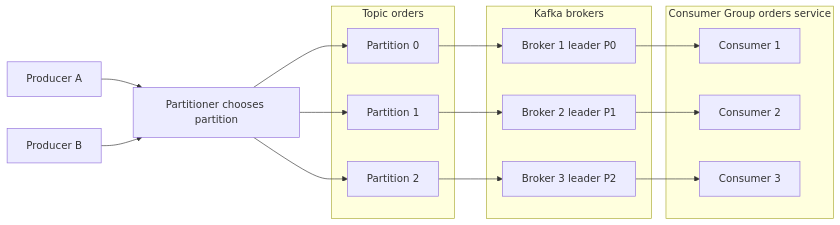
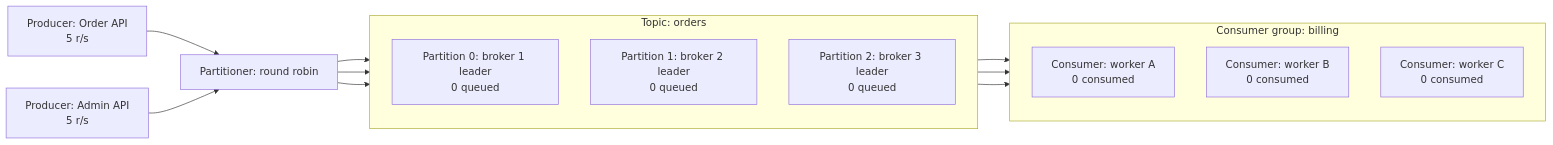
The diagram in Web/content/Software Architecture/Distributed Systems/Message Queues/Kafka.md (grafanaKibana/devbook.zip), drawn with Mermaid before and after one commit. The commit also changed other lines of this file and 2 other files, not shown here.

Commit message:
Published 3 files

````diff
--- a/Web/content/Software Architecture/Distributed Systems/Message Queues/Kafka.md
+++ b/Web/content/Software Architecture/Distributed Systems/Message Queues/Kafka.md
@@ -23,35 +25,52 @@
 ```mermaid
+%%{init: {"flowchart":{"curve":"basis"}}}%%
 flowchart LR
-    P1[Producer A] --> PR[Partitioner chooses partition]
-    P2[Producer B] --> PR
+    P1["Producer: Order API<br/><span>5 r/s</span>"]
+    P2["Producer: Admin API<br/><span>5 r/s</span>"]
+    PR[Partitioner: round robin]
 
-    subgraph Topic[Topic orders]
-      T1[Partition 0]
-      T2[Partition 1]
-      T3[Partition 2]
+    subgraph Topic[Topic: orders]
+      direction TB
+      T1["Partition 0: broker 1 leader<br/><span>0 queued</span>"]
+      T2["Partition 1: broker 2 leader<br/><span>0 queued</span>"]
+      T3["Partition 2: broker 3 leader<br/><span>0 queued</span>"]
     end
 
+    subgraph CG[Consumer group: billing]
+      direction TB
+      C1["Consumer: worker A<br/><span>0 consumed</span>"]
+      C2["Consumer: worker B<br/><span>0 consumed</span>"]
+      C3["Consumer: worker C<br/><span>0 consumed</span>"]
+    end
+
+    P1 --> PR
+    P2 --> PR
     PR --> T1
     PR --> T2
     PR --> T3
+    T1 --> C1
+    T2 --> C2
+    T3 --> C3
+  %% flowmaid
+  %% controls:
+  %%   input:
+  %%     label: Input rate
+  %%     min: 0
+  %%     max: 30
+  %%     value: 10
+  %%     step: 1
+  %%     unit: r/s
+  %% sources:
+  %%   - rate: input
+  %%     nodes: [P1, P2]
+  %% distribution:
+  %%   PR:
+  %%     strategy: roundRobin
+  %% queues:
+  %%   T1: { capacity: 4 }
+  %%   T2: { capacity: 4 }
+  %%   T3: { capacity: 4 }
+  %% dots: { radius: 3, durationMs: 500 }
+  %% /flowmaid
 
-    subgraph BrokerCluster[Kafka brokers]
-      B1[Broker 1 leader P0]
-      B2[Broker 2 leader P1]
-      B3[Broker 3 leader P2]
-    end
-
-    T1 --> B1
-    T2 --> B2
-    T3 --> B3
-
-    subgraph CG[Consumer Group orders service]
-      C1[Consumer 1]
-      C2[Consumer 2]
-      C3[Consumer 3]
-    end
-
-    B1 --> C1
-    B2 --> C2
-    B3 --> C3
 ```
````
